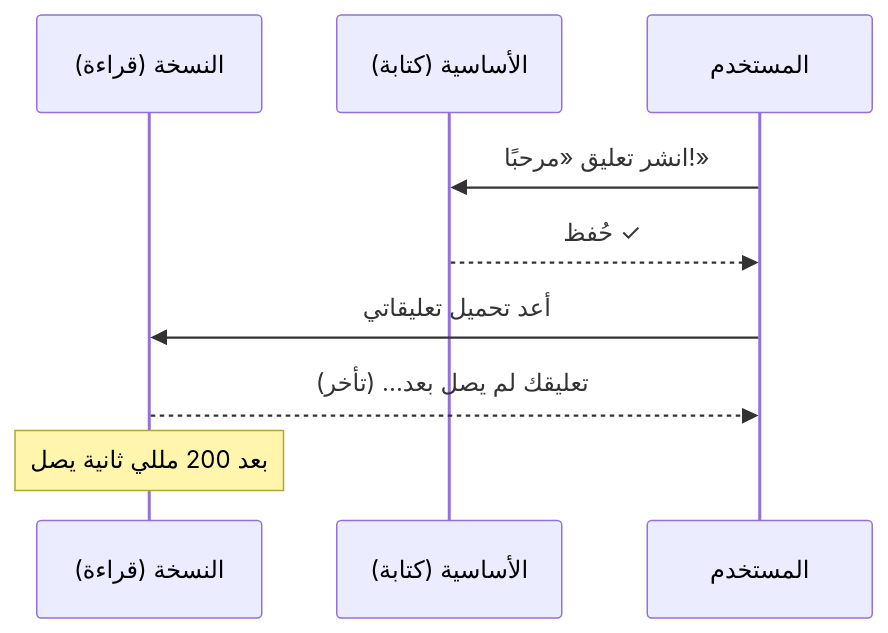
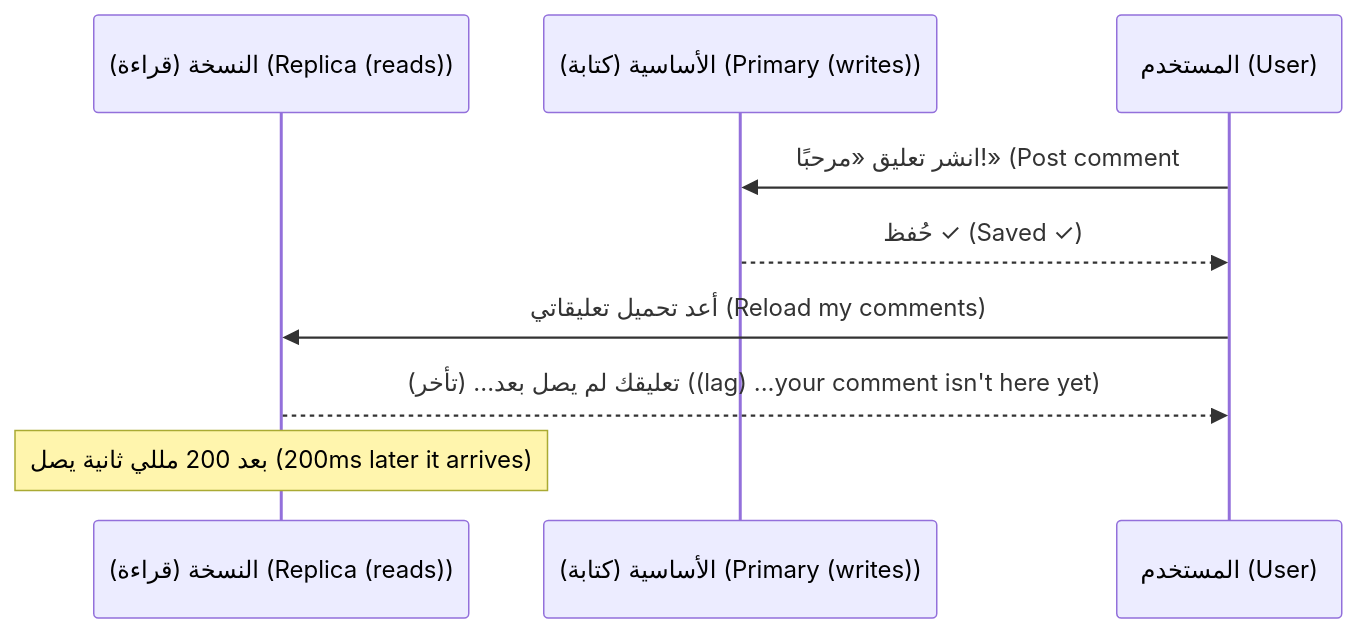
Before and after one commit to Tamoura/system-design-for-vibe-coders: the fifth of 7 diagrams in modules/10-scaling/module.ar.md, drawn with Mermaid. The commit also changed other lines of this file and 62 other files, not shown here.

First line of the commit message:
Arabic editions: English on every diagram label, RTL fixes, rebuild

````diff
--- a/modules/10-scaling/module.ar.md
+++ b/modules/10-scaling/module.ar.md
@@ -321,11 +321,11 @@
 ```mermaid
 sequenceDiagram
-    participant Rep as النسخة (قراءة)
-    participant P as الأساسية (كتابة)
-    participant U as المستخدم
-    U->>P: انشر تعليق «مرحبًا!»
-    P-->>U: حُفظ ✓
-    U->>Rep: أعد تحميل تعليقاتي
-    Rep-->>U: (تأخر) ...تعليقك لم يصل بعد
-    Note over Rep: بعد 200 مللي ثانية يصل
+    participant Rep as النسخة (قراءة) (Replica (reads))
+    participant P as الأساسية (كتابة) (Primary (writes))
+    participant U as المستخدم (User)
+    U->>P: انشر تعليق «مرحبًا!» (Post comment #quot#59;Hello!#quot#59;)
+    P-->>U: حُفظ ✓ (Saved ✓)
+    U->>Rep: أعد تحميل تعليقاتي (Reload my comments)
+    Rep-->>U: (تأخر) ...تعليقك لم يصل بعد ((lag) ...your comment isn't here yet)
+    Note over Rep: بعد 200 مللي ثانية يصل (200ms later it arrives)
 ```
````
